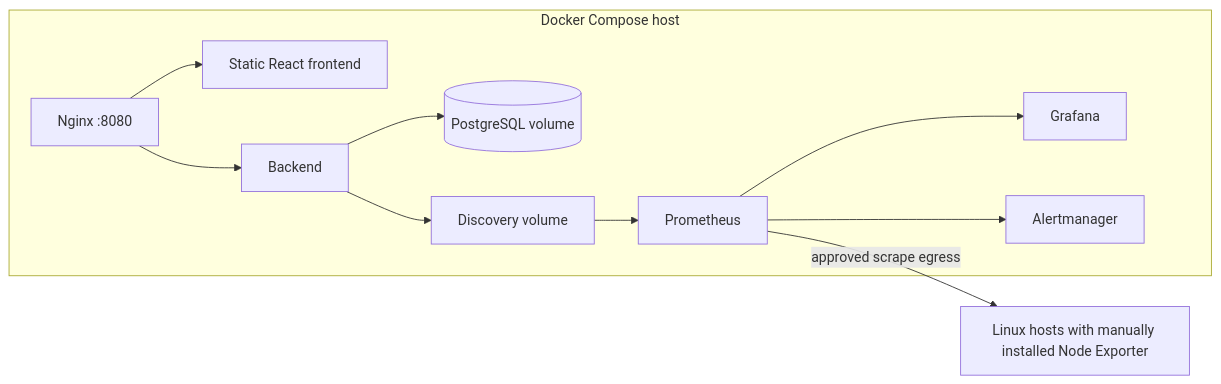
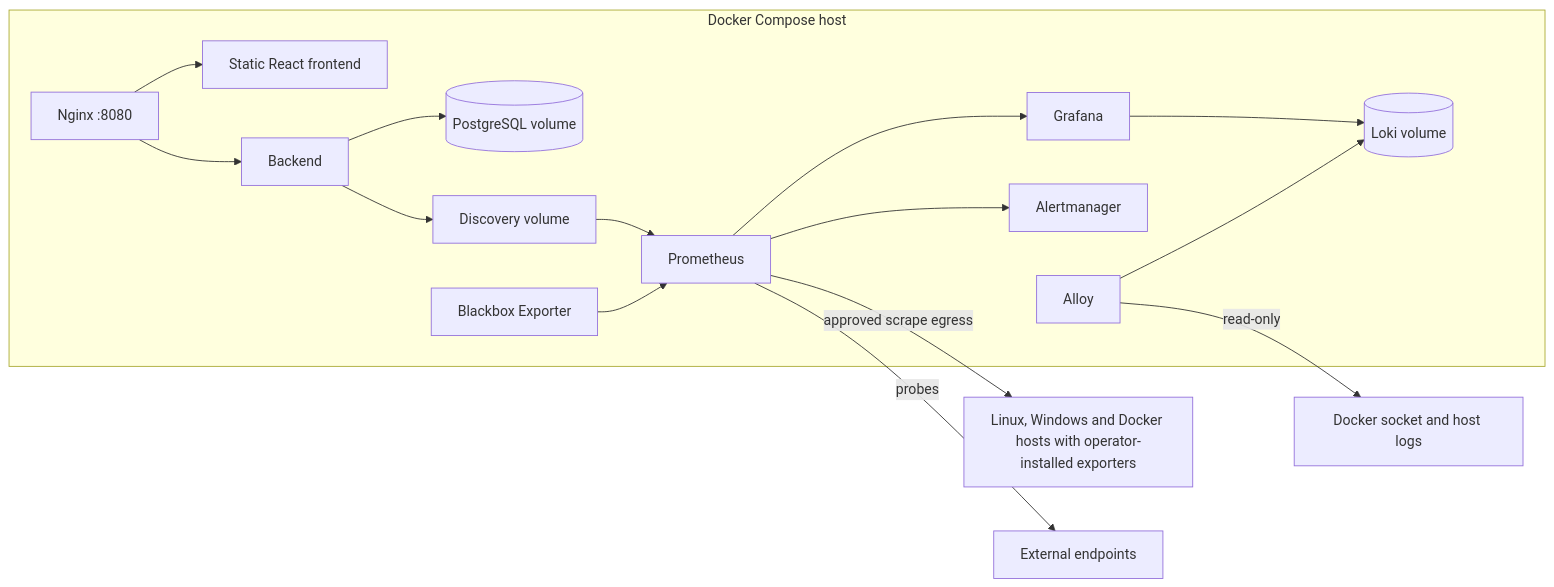
One commit to dhruvs-bankai/Infra-Watch changed the second of 2 diagrams in docs/architecture.md. Above: the diagram before and after it, drawn with Mermaid. The commit also changed other lines of this file and 60 other files, not shown here.

````diff
--- a/docs/architecture.md
+++ b/docs/architecture.md
@@ -82,13 +130,18 @@
 ```mermaid
 flowchart LR
     subgraph compose[Docker Compose host]
       NG[Nginx :8080] --> FE[Static React frontend]
       NG --> BE[Backend]
       BE --> PG[(PostgreSQL volume)]
       BE --> SD[Discovery volume]
       SD --> PR[Prometheus]
       PR --> GA[Grafana]
       PR --> AL[Alertmanager]
+      BB[Blackbox Exporter] --> PR
+      GA --> LK[(Loki volume)]
+      AL2[Alloy] --> LK
     end
-    PR -->|approved scrape egress| HOSTS[Linux hosts with manually installed Node Exporter]
+    PR -->|approved scrape egress| HOSTS[Linux, Windows and Docker hosts with operator-installed exporters]
+    PR -->|probes| EXT[External endpoints]
+    AL2 -->|read-only| DOCKER[Docker socket and host logs]
 ```
````
